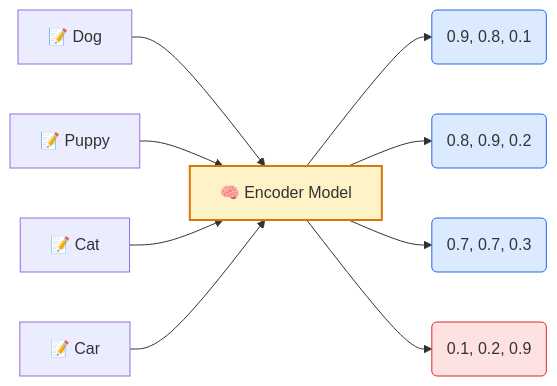
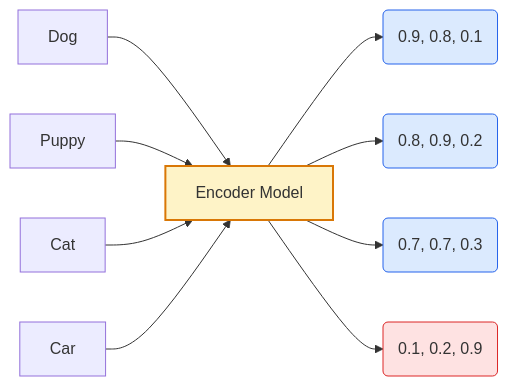
Before and after one commit to surajbera/gen-ai-cohort: the first of 3 diagrams in phase-1/2-vector-embeddings.md, drawn with Mermaid. The commit also changed other lines of this file and 10 other files, not shown here.

````diff
--- a/phase-1/2-vector-embeddings.md
+++ b/phase-1/2-vector-embeddings.md
@@ -13,17 +36,17 @@
 ```mermaid
 flowchart LR
-    A1["📝 Dog"] --> M["🧠 Encoder Model"]
-    A2["📝 Puppy"] --> M
-    A3["📝 Cat"] --> M
-    A4["📝 Car"] --> M
+    A1["Dog"] --> M["Encoder Model"]
+    A2["Puppy"] --> M
+    A3["Cat"] --> M
+    A4["Car"] --> M
     M --> V1("0.9, 0.8, 0.1")
     M --> V2("0.8, 0.9, 0.2")
     M --> V3("0.7, 0.7, 0.3")
     M --> V4("0.1, 0.2, 0.9")
 
     style M fill:#fef3c7,stroke:#d97706,stroke-width:2px
     style V1 fill:#dbeafe,stroke:#2563eb
     style V2 fill:#dbeafe,stroke:#2563eb
     style V3 fill:#dbeafe,stroke:#2563eb
     style V4 fill:#fee2e2,stroke:#dc2626
 ```
````
